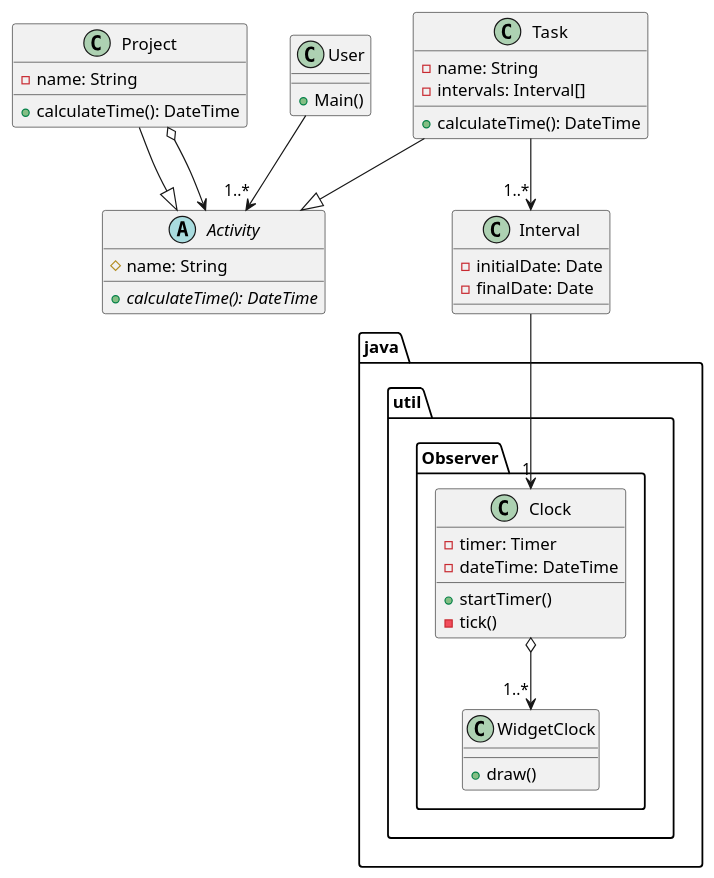
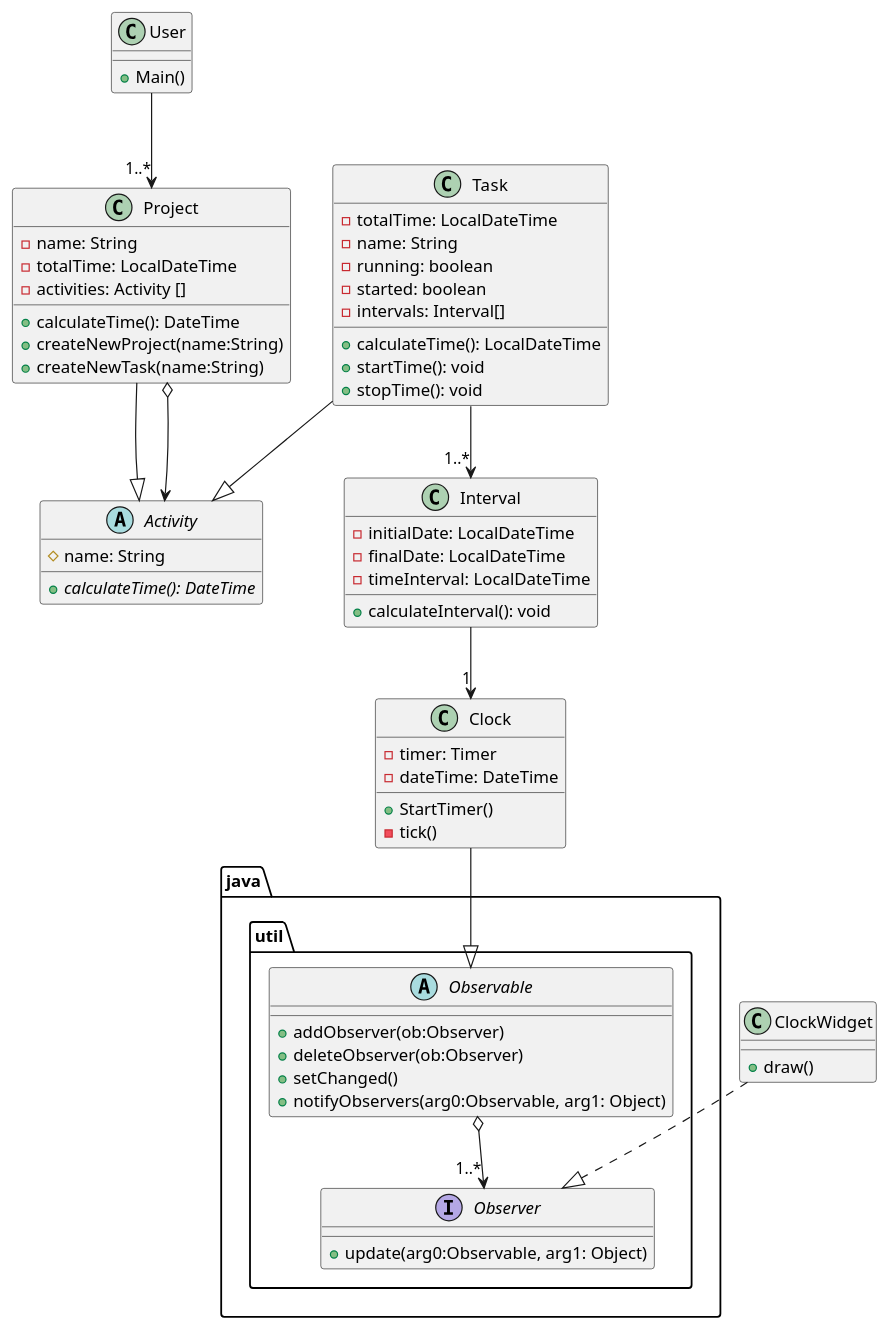
Before and after one commit to JPeaceK/TimeTracker: the diagram in TimeTacker/src/Milestone1_Diagram.puml, drawn with PlantUML.

```diff
--- a/TimeTacker/src/Milestone1_Diagram.puml
+++ b/TimeTacker/src/Milestone1_Diagram.puml
@@ -1,58 +1,85 @@
 @startuml
 abstract class Activity{
 # name: String
 + {abstract}calculateTime(): DateTime
 }
 
 class Project{
 - name: String
+- totalTime: LocalDateTime
+- activities: Activity []
 + calculateTime(): DateTime
++ createNewProject(name:String)
++ createNewTask(name:String)
 
 }
 
 class Task{
--name: String
+- totalTime: LocalDateTime
+- name: String
+- running: boolean
+- started: boolean
 - intervals: Interval[]
-+ calculateTime(): DateTime
++ calculateTime(): LocalDateTime
++ startTime(): void
++ stopTime(): void
+
 }
 
 class Interval{
-- initialDate: Date
-- finalDate: Date
+- initialDate: LocalDateTime
+- finalDate: LocalDateTime
+- timeInterval: LocalDateTime
+
++ calculateInterval(): void
 }
 
 
 
 
 
 class User{
 + Main()
 }
 
 
+class ClockWidget{
 
++draw()
+}
 
-package java.util.Observer <<Folder>>{
+class Clock
+{
+-timer: Timer
+-dateTime: DateTime
++StartTimer()
+-tick()
 
-class Clock{
-- timer: Timer
-- dateTime: DateTime
-+ startTimer()
-- tick()
 }
-class WidgetClock{
-+ draw()
+
+package java.util <<Folder>>{
+
+abstract class Observable{
++addObserver(ob:Observer)
++deleteObserver(ob:Observer)
++setChanged()
++notifyObservers(arg0:Observable, arg1: Object)
+}
+interface Observer{
++ update(arg0:Observable, arg1: Object)
 }
 
 
 }
 
 Task --|> Activity
 Project --|> Activity
 Project o--> Activity
-Clock o--> "1..*" WidgetClock
+Observable o--> "1..*" Observer
+ClockWidget ..|> Observer
+Clock --|> Observable 
 Task -->"1..*" Interval
 Interval --> "1" Clock
-User --> "1..*" Activity
+User --> "1..*" Project
 
 @enduml
```
